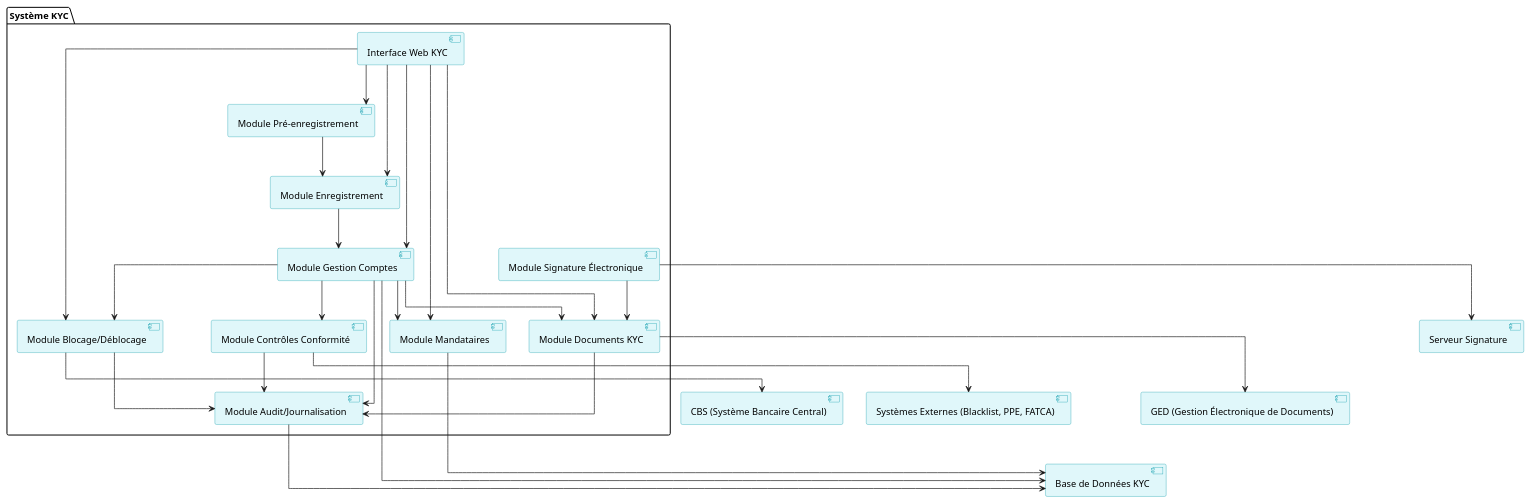
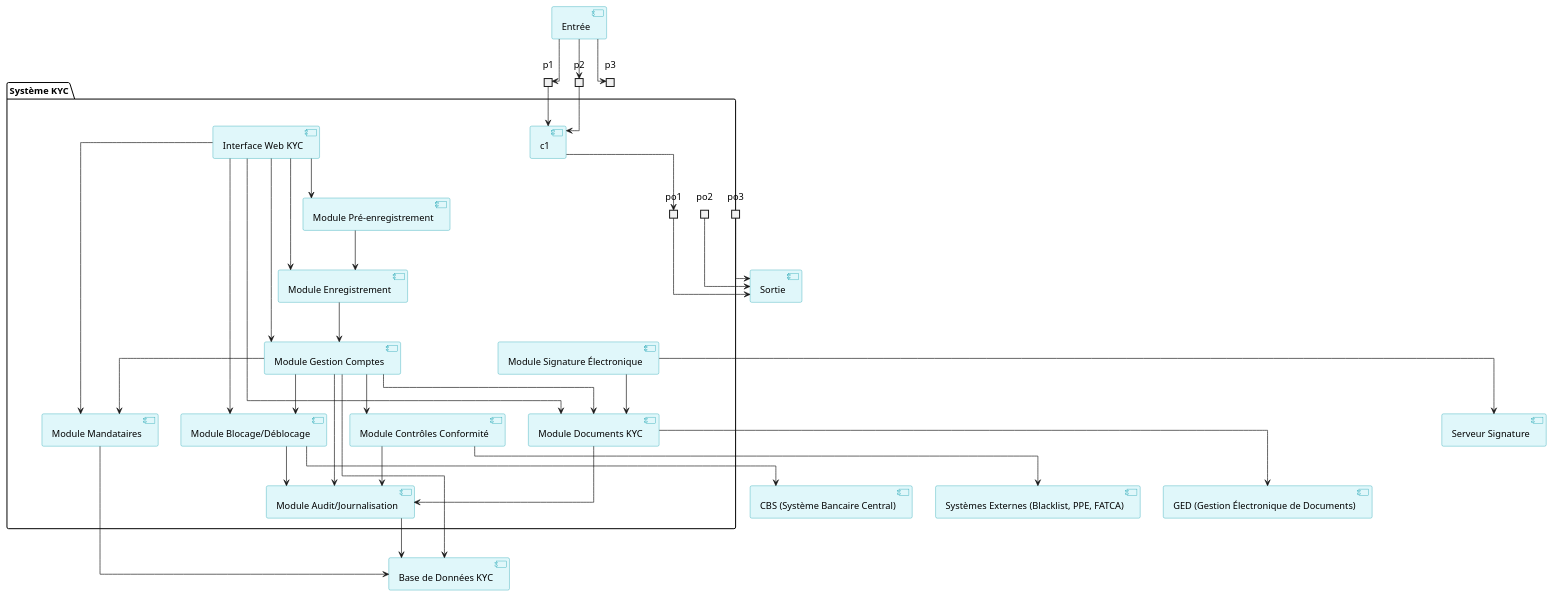
One commit to caranvalis/diagramePlantUml changed the diagram in KYC DIAGRAMME DE COMPOSANT/DigrammeComposant.puml. Above: the diagram before and after it, drawn with PlantUML. The commit also changed 4 other files, not shown here.

```diff
--- a/KYC DIAGRAMME DE COMPOSANT/DigrammeComposant.puml
+++ b/KYC DIAGRAMME DE COMPOSANT/DigrammeComposant.puml
@@ -1,58 +1,82 @@
 @startuml DiagrammeComposantsKYC
+skinparam BackgroundColor transparent
+skinparam componentStyle uml2
 skinparam component {
     BackgroundColor #E0F7FA
     BorderColor #0097A7
 }
 skinparam linetype ortho
+
+[Entrée] as i
+[Sortie] as o
 
 package "Système KYC" {
     [Interface Web KYC] as Web
     [Module Pré-enregistrement] as Preenr
     [Module Enregistrement] as Enr
     [Module Gestion Comptes] as Comptes
     [Module Mandataires] as Mandat
     [Module Blocage/Déblocage] as Blocage
     [Module Contrôles Conformité] as Controle
     [Module Signature Électronique] as Signature
     [Module Documents KYC] as Docs
     [Module Audit/Journalisation] as Audit
+
+    portin p1
+    portin p2
+    portin p3
+    portout po1
+    portout po2
+    portout po3
+
+    component c1
 }
 
 [Base de Données KYC] as DB
 [GED (Gestion Électronique de Documents)] as GED
 [CBS (Système Bancaire Central)] as CBS
 [Systèmes Externes (Blacklist, PPE, FATCA)] as EXT
 [Serveur Signature] as SIG
+
+i --> p1
+i --> p2
+i --> p3
+p1 --> c1
+p2 --> c1
+po1 --> o
+po2 --> o
+po3 --> o
+c1 --> po1
 
 Web --> Preenr
 Web --> Enr
 Web --> Comptes
 Web --> Mandat
 Web --> Blocage
 Web --> Docs
 
 Preenr --> Enr
 Enr --> Comptes
 Comptes --> Blocage
 Comptes --> Mandat
 Comptes --> Controle
 Comptes --> Docs
 Comptes --> Audit
 
 Blocage --> CBS
 Blocage --> Audit
 
 Controle --> EXT
 Controle --> Audit
 
 Docs --> GED
 Docs --> Audit
 
 Signature --> SIG
 Signature --> Docs
 
 Comptes --> DB
 Mandat --> DB
 Audit --> DB
 
 @enduml
```
